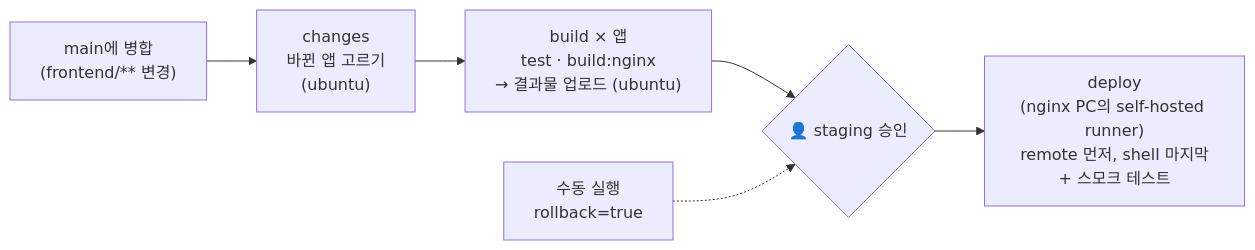
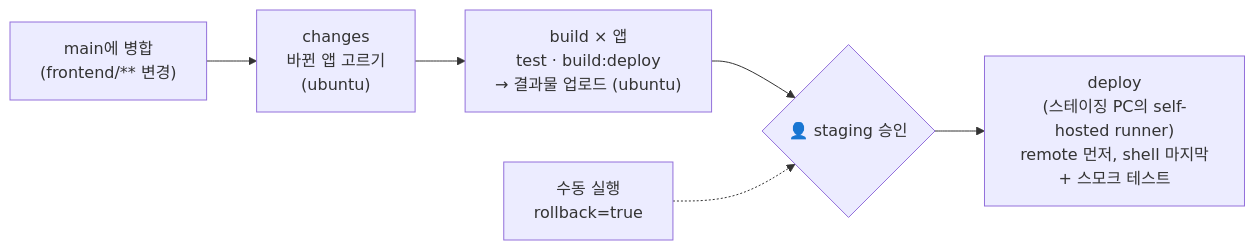
The sixth of 6 diagrams in sessions/session-07-cicd-framework-tokens.md (lucky-sugar-park/claude-edu), drawn with Mermaid before and after one commit. The commit also changed other lines of this file and 1 other file, not shown here.

````diff
--- a/sessions/session-07-cicd-framework-tokens.md
+++ b/sessions/session-07-cicd-framework-tokens.md
@@ -552,8 +554,8 @@
 ```mermaid
 flowchart LR
     M["main에 병합<br/>(frontend/** 변경)"] --> CH["changes<br/>바뀐 앱 고르기<br/>(ubuntu)"]
-    CH --> B["build × 앱<br/>test · build:nginx<br/>→ 결과물 업로드 (ubuntu)"]
+    CH --> B["build × 앱<br/>test · build:deploy<br/>→ 결과물 업로드 (ubuntu)"]
     B --> AP{"👤 staging 승인"}
-    AP --> D["deploy<br/>(nginx PC의 self-hosted runner)<br/>remote 먼저, shell 마지막<br/>+ 스모크 테스트"]
+    AP --> D["deploy<br/>(스테이징 PC의 self-hosted runner)<br/>remote 먼저, shell 마지막<br/>+ 스모크 테스트"]
     DSP["수동 실행<br/>rollback=true"] -.-> AP
 ```
````
